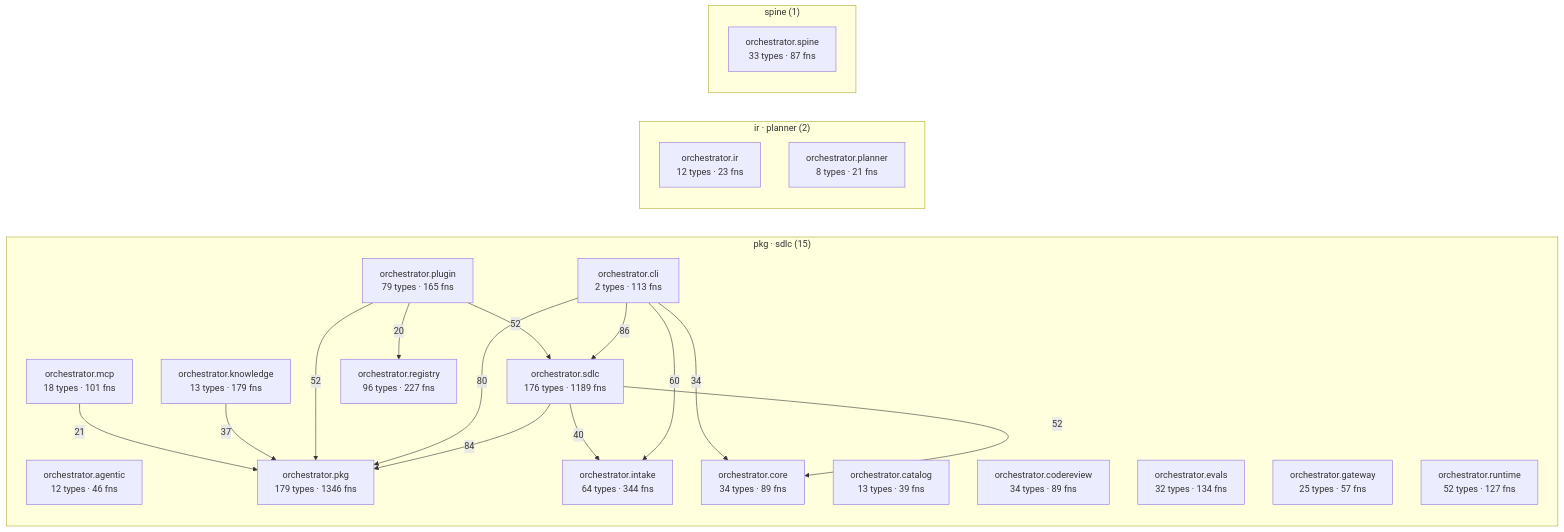
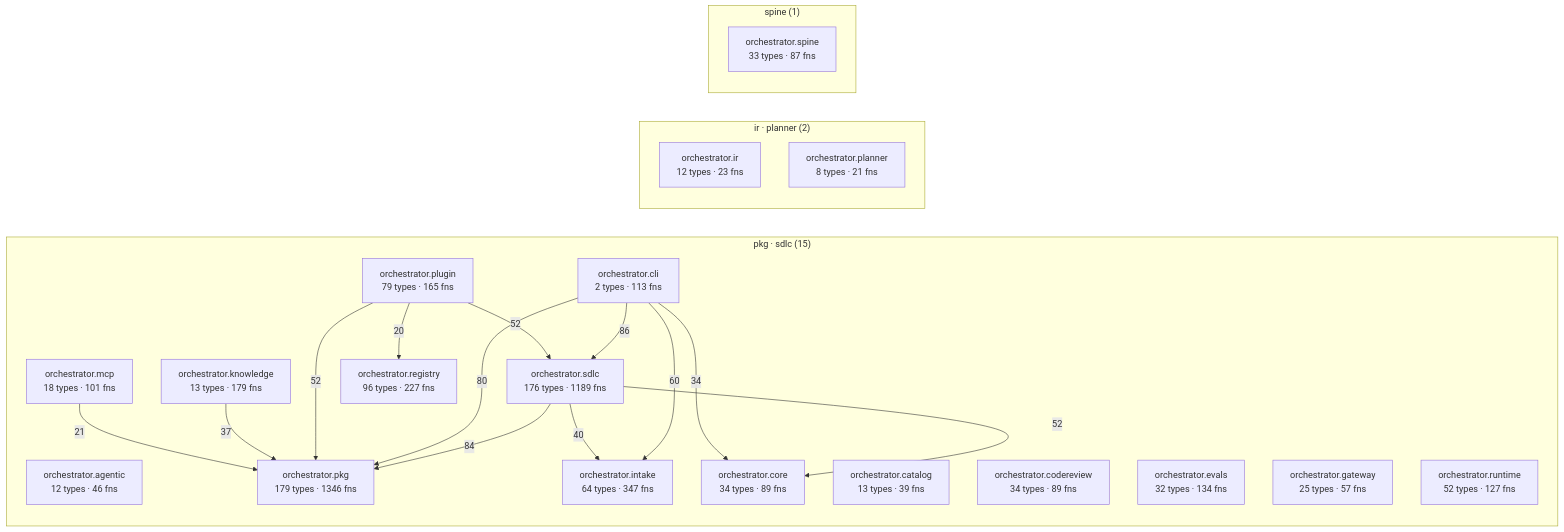
One commit to synaptixs/spine changed the diagram in episteme/architecture.md. Above: the diagram before and after it, drawn with Mermaid. The commit also changed other lines of this file and 7 other files, not shown here.

````diff
--- a/episteme/architecture.md
+++ b/episteme/architecture.md
@@ -56,39 +56,39 @@
 ```mermaid
 flowchart LR
   subgraph c_2["pkg · sdlc (15)"]
     aorchestratoragentic["orchestrator.agentic<br/>12 types · 46 fns"]
     aorchestratorcatalog["orchestrator.catalog<br/>13 types · 39 fns"]
     aorchestratorcli["orchestrator.cli<br/>2 types · 113 fns"]
     aorchestratorcodereview["orchestrator.codereview<br/>34 types · 89 fns"]
     aorchestratorcore["orchestrator.core<br/>34 types · 89 fns"]
     aorchestratorevals["orchestrator.evals<br/>32 types · 134 fns"]
     aorchestratorgateway["orchestrator.gateway<br/>25 types · 57 fns"]
-    aorchestratorintake["orchestrator.intake<br/>64 types · 344 fns"]
+    aorchestratorintake["orchestrator.intake<br/>64 types · 347 fns"]
     aorchestratorknowledge["orchestrator.knowledge<br/>13 types · 179 fns"]
     aorchestratormcp["orchestrator.mcp<br/>18 types · 101 fns"]
     aorchestratorpkg["orchestrator.pkg<br/>179 types · 1346 fns"]
     aorchestratorplugin["orchestrator.plugin<br/>79 types · 165 fns"]
     aorchestratorregistry["orchestrator.registry<br/>96 types · 227 fns"]
     aorchestratorruntime["orchestrator.runtime<br/>52 types · 127 fns"]
     aorchestratorsdlc["orchestrator.sdlc<br/>176 types · 1189 fns"]
   end
   subgraph c_5["ir · planner (2)"]
     aorchestratorir["orchestrator.ir<br/>12 types · 23 fns"]
     aorchestratorplanner["orchestrator.planner<br/>8 types · 21 fns"]
   end
   subgraph c_10["spine (1)"]
     aorchestratorspine["orchestrator.spine<br/>33 types · 87 fns"]
   end
   aorchestratorcli -->|86| aorchestratorsdlc
   aorchestratorsdlc -->|84| aorchestratorpkg
   aorchestratorcli -->|80| aorchestratorpkg
   aorchestratorcli -->|60| aorchestratorintake
   aorchestratorplugin -->|52| aorchestratorpkg
   aorchestratorplugin -->|52| aorchestratorsdlc
   aorchestratorsdlc -->|52| aorchestratorcore
   aorchestratorsdlc -->|40| aorchestratorintake
   aorchestratorknowledge -->|37| aorchestratorpkg
   aorchestratorcli -->|34| aorchestratorcore
   aorchestratormcp -->|21| aorchestratorpkg
   aorchestratorplugin -->|20| aorchestratorregistry
 ```
````
